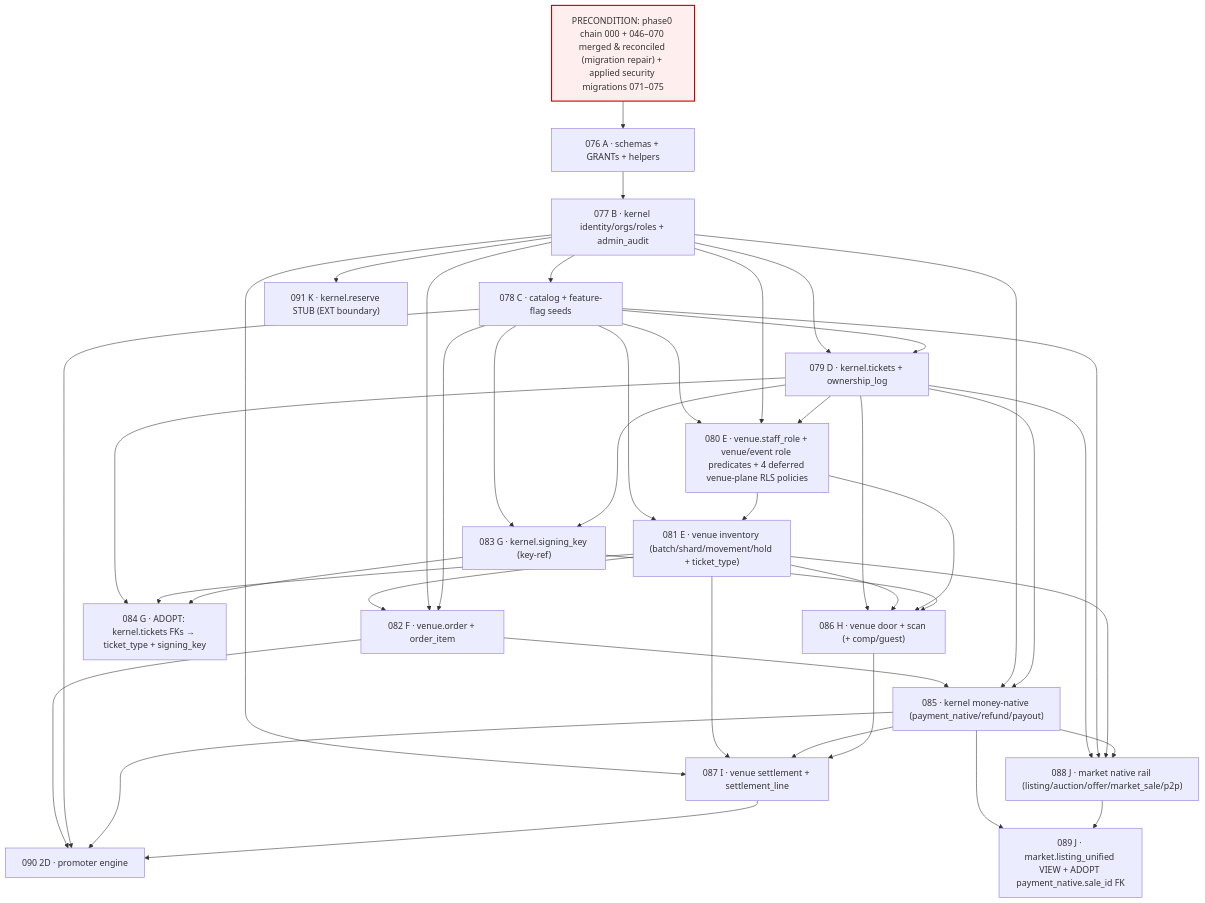
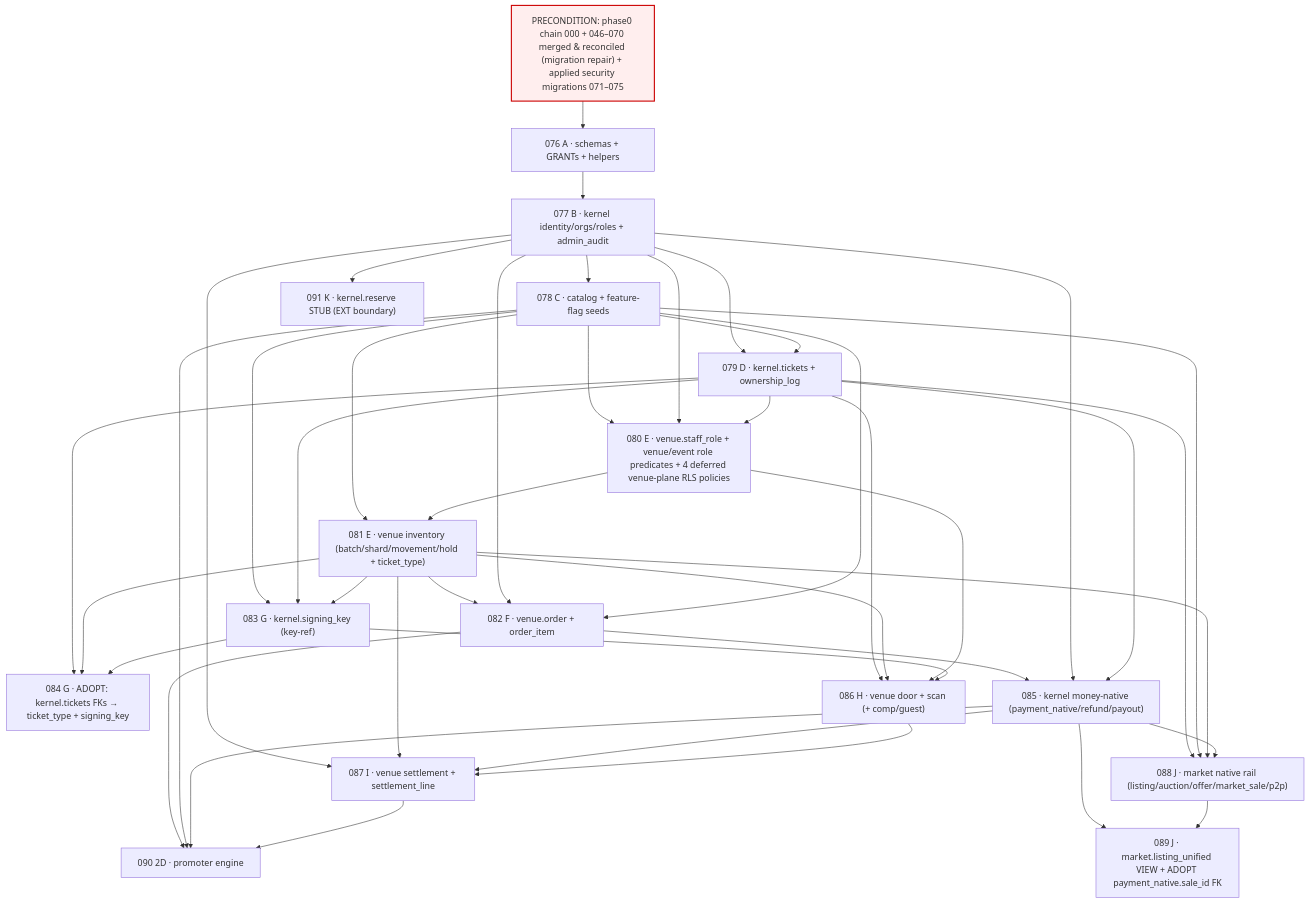
Before and after one commit to SnatchIt-app/snatchit: the diagram in docs/architecture/PHASE_2_SUPABASE_MIGRATION_PLAN.md, drawn with Mermaid. The commit also changed other lines of this file and 2 other files, not shown here.

````diff
--- a/docs/architecture/PHASE_2_SUPABASE_MIGRATION_PLAN.md
+++ b/docs/architecture/PHASE_2_SUPABASE_MIGRATION_PLAN.md
@@ -279,61 +290,62 @@
 ```mermaid
 graph TD
     P0["PRECONDITION: phase0 chain 000 + 046–070 merged & reconciled (migration repair) + applied security migrations 071–075"]:::pre
 
     A076["076 A · schemas + GRANTs + helpers"]
     B077["077 B · kernel identity/orgs/roles + admin_audit"]
     C078["078 C · catalog + feature-flag seeds"]
     D079["079 D · kernel.tickets + ownership_log"]
     E080["080 E · venue.staff_role + venue/event role predicates + 4 deferred venue-plane RLS policies"]
     E081["081 E · venue inventory (batch/shard/movement/hold + ticket_type)"]
     F082["082 F · venue.order + order_item"]
     G083["083 G · kernel.signing_key (key-ref)"]
     G084["084 G · ADOPT: kernel.tickets FKs → ticket_type + signing_key"]
     M085["085 · kernel money-native (payment_native/refund/payout)"]
     H086["086 H · venue door + scan (+ comp/guest)"]
     I087["087 I · venue settlement + settlement_line"]
     J088["088 J · market native rail (listing/auction/offer/market_sale/p2p)"]
     J089["089 J · market.listing_unified VIEW + ADOPT payment_native.sale_id FK"]
     D090["090 2D · promoter engine"]
     K091["091 K · kernel.reserve STUB (EXT boundary)"]
 
     P0 --> A076 --> B077 --> C078
     B077 --> D079
     C078 --> D079
     C078 --> E080
     B077 --> E080
     D079 --> E080
     C078 --> E081
     E080 --> E081
     E081 --> F082
     B077 --> F082
     C078 --> F082
     C078 --> G083
     D079 --> G083
+    E081 --> G083
     D079 --> G084
     E081 --> G084
     G083 --> G084
     F082 --> M085
     B077 --> M085
     D079 --> M085
     D079 --> H086
     E081 --> H086
     E080 --> H086
     G083 --> H086
     B077 --> I087
     E081 --> I087
     M085 --> I087
     H086 --> I087
     D079 --> J088
     C078 --> J088
     E081 --> J088
     M085 --> J088
     M085 --> J089
     J088 --> J089
     F082 --> D090
     C078 --> D090
     M085 --> D090
     I087 --> D090
     B077 --> K091
     classDef pre fill:#fee,stroke:#c00,stroke-width:2px;
 ```
````
